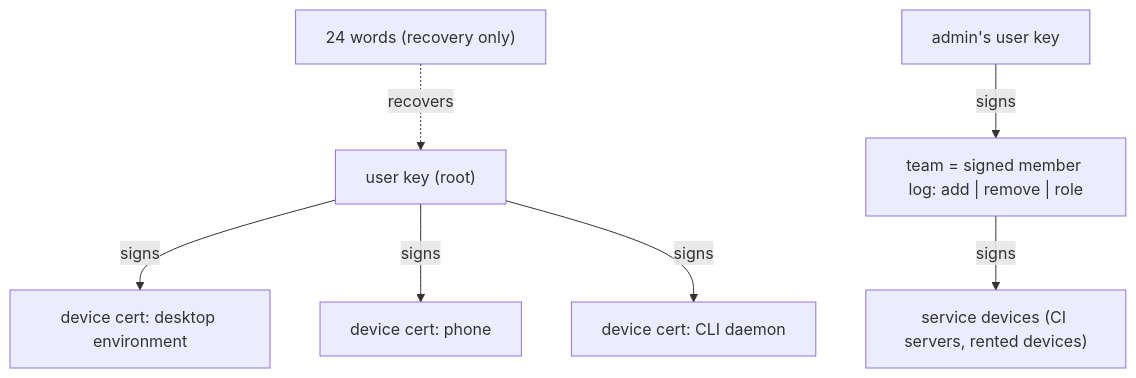
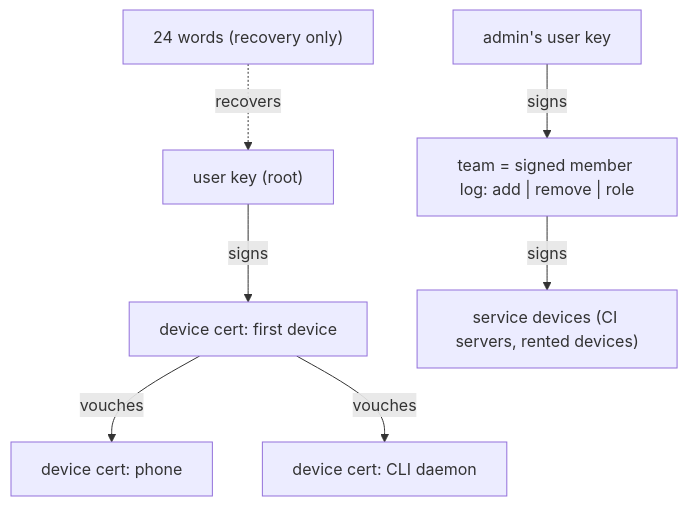
One commit to Niach/rerusted changed the first of 3 diagrams in docs/spec/02-identity-scopes-sync.md. Above: the diagram before and after it, drawn with Mermaid. The commit also changed other lines of this file and 6 other files, not shown here.

````diff
--- a/docs/spec/02-identity-scopes-sync.md
+++ b/docs/spec/02-identity-scopes-sync.md
@@ -22,9 +23,9 @@
 ```mermaid
 flowchart TD
   words["24 words (recovery only)"] -. "recovers" .-> user["user key (root)"]
-  user -- "signs" --> de["device cert: desktop environment"]
-  user -- "signs" --> phone["device cert: phone"]
-  user -- "signs" --> cli["device cert: CLI daemon"]
+  user -- "signs" --> de["device cert: first device"]
+  de -- "vouches" --> phone["device cert: phone"]
+  de -- "vouches" --> cli["device cert: CLI daemon"]
   admin["admin's user key"] -- "signs" --> team["team = signed member log: add | remove | role"]
   team -- "signs" --> svc["service devices (CI servers, rented devices)"]
 ```
````
